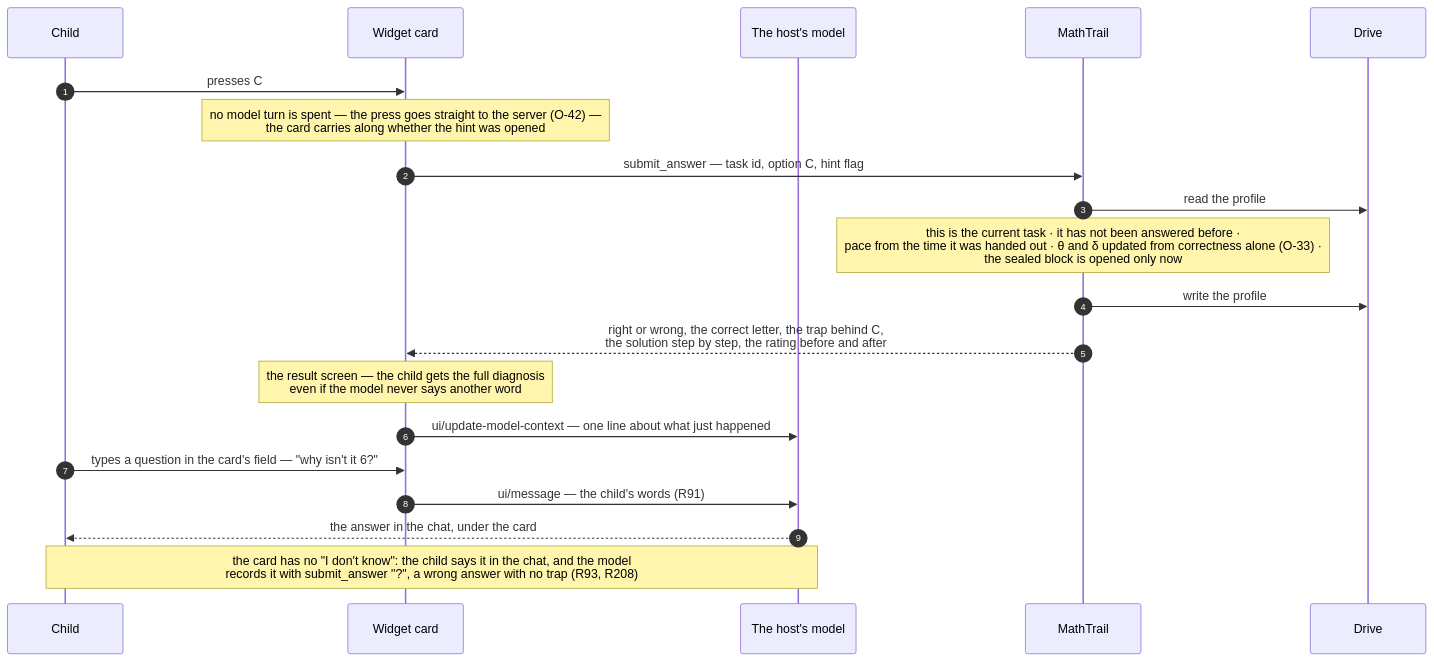
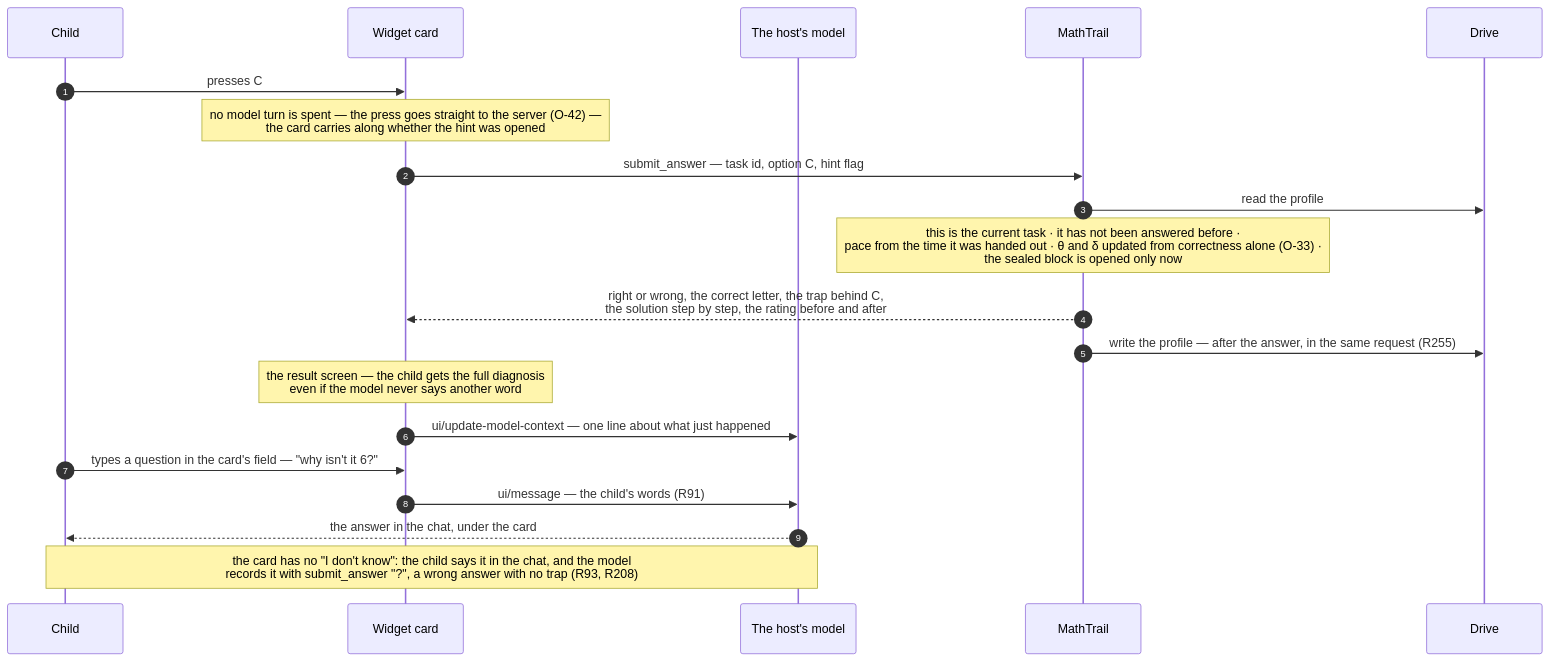
Before and after one commit to MathTrail/mathtrail-standalone: the third of 8 diagrams in docs/architecture/03-flows.md, drawn with Mermaid. The commit also changed other lines of this file and 88 other files, not shown here.

````diff
--- a/docs/architecture/03-flows.md
+++ b/docs/architecture/03-flows.md
@@ -130,23 +130,23 @@
 ```mermaid
 sequenceDiagram
     autonumber
     participant K as Child
     participant W as Widget card
     participant M as The host's model
     participant MT as MathTrail
     participant D as Drive
 
     K->>W: presses C
     Note over W: no model turn is spent — the press goes straight to the server (О-42) —<br/>the card carries along whether the hint was opened
     W->>MT: submit_answer — task id, option C, hint flag
     MT->>D: read the profile
     Note over MT: this is the current task · it has not been answered before ·<br/>pace from the time it was handed out · θ and δ updated from correctness alone (О-33) ·<br/>the sealed block is opened only now
-    MT->>D: write the profile
     MT-->>W: right or wrong, the correct letter, the trap behind C,<br/>the solution step by step, the rating before and after
+    MT->>D: write the profile — after the answer, in the same request (R255)
     Note over W: the result screen — the child gets the full diagnosis<br/>even if the model never says another word
     W->>M: ui/update-model-context — one line about what just happened
     K->>W: types a question in the card's field — "why isn't it 6?"
     W->>M: ui/message — the child's words (R91)
     M-->>K: the answer in the chat, under the card
     Note over K,M: the card has no "I don't know": the child says it in the chat, and the model<br/>records it with submit_answer "?", a wrong answer with no trap (R93, R208)
 ```
````
